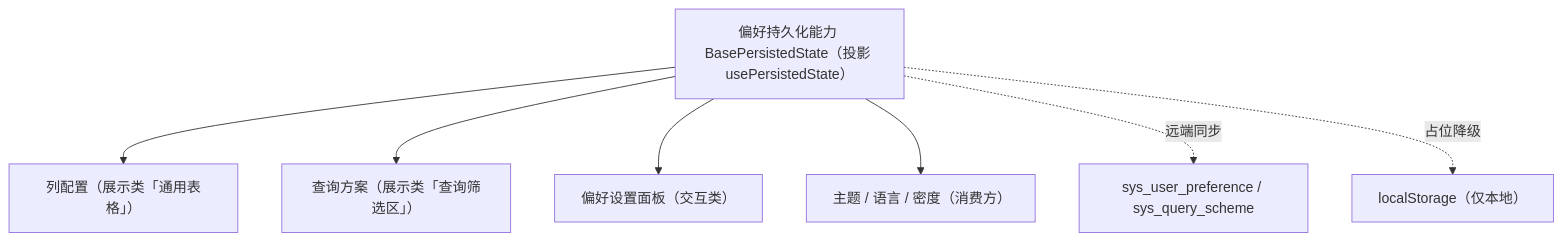
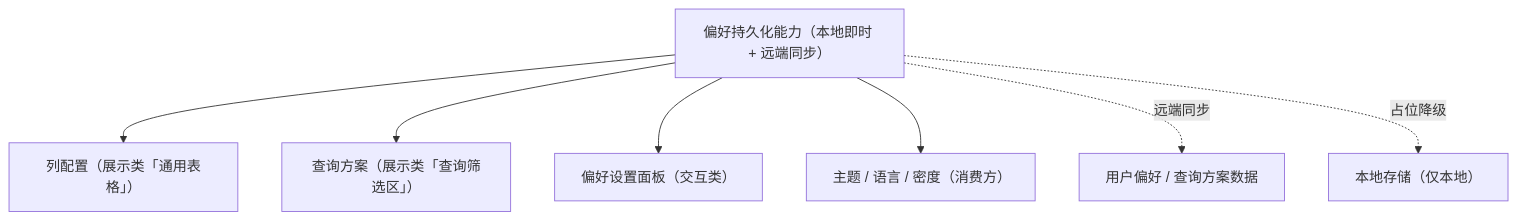
One commit to minjian123/basic-management-system changed the diagram in bms文档/设计/组件设计/02_基础组件类/02_能力类/16_组件设计_偏好持久化能力/16_组件设计_偏好持久化能力.md. Above: the diagram before and after it, drawn with Mermaid. The commit also changed other lines of this file and 238 other files, not shown here.

````diff
--- a/bms文档/设计/组件设计/02_基础组件类/02_能力类/16_组件设计_偏好持久化能力/16_组件设计_偏好持久化能力.md
+++ b/bms文档/设计/组件设计/02_基础组件类/02_能力类/16_组件设计_偏好持久化能力/16_组件设计_偏好持久化能力.md
@@ -15,9 +16,9 @@
 ```mermaid
 flowchart TD
-    P["偏好持久化能力 BasePersistedState（投影 usePersistedState）"] --> C1["列配置（展示类「通用表格」）"]
+    P["偏好持久化能力（本地即时 + 远端同步）"] --> C1["列配置（展示类「通用表格」）"]
     P --> C2["查询方案（展示类「查询筛选区」）"]
     P --> C3["偏好设置面板（交互类）"]
     P --> C4["主题 / 语言 / 密度（消费方）"]
-    P -. 远端同步 .-> R["sys_user_preference / sys_query_scheme"]
-    P -. 占位降级 .-> L["localStorage（仅本地）"]
+    P -. 远端同步 .-> R["用户偏好 / 查询方案数据"]
+    P -. 占位降级 .-> L["本地存储（仅本地）"]
 ```
````
